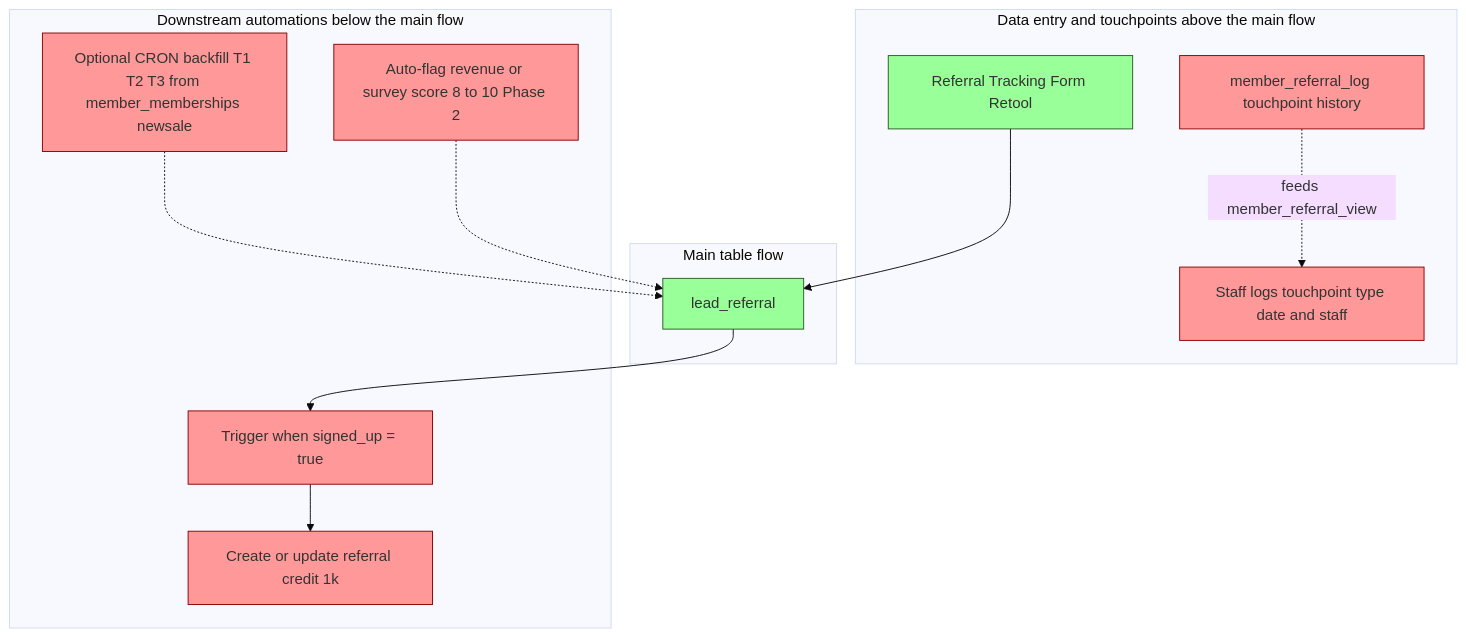
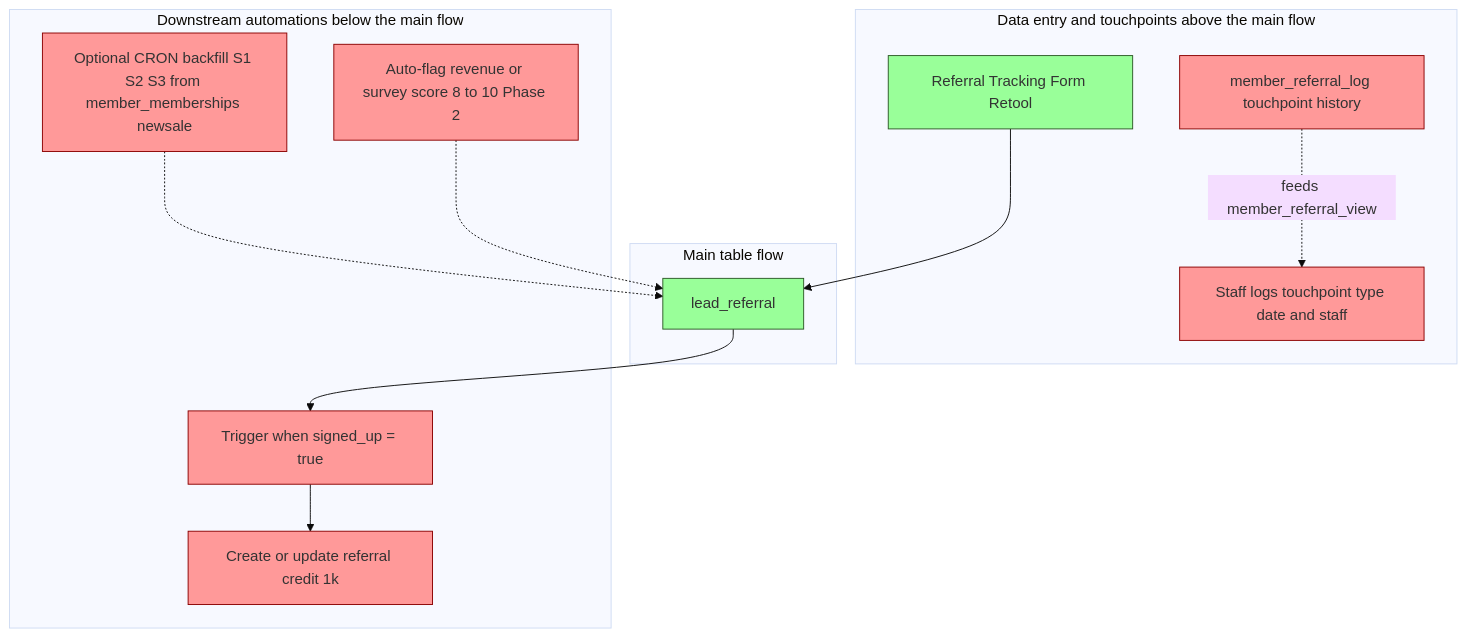
Before and after one commit to towshau/referral_tracking: the second of 2 diagrams in dataflow-and-progress.md, drawn with Mermaid (base theme). The commit also changed other lines of this file and 3 other files, not shown here.

````diff
--- a/dataflow-and-progress.md
+++ b/dataflow-and-progress.md
@@ -83,35 +83,35 @@
 ```mermaid
 flowchart TB
   subgraph above ["Data entry and touchpoints above the main flow"]
     F1["Referral Tracking Form Retool"]
     F2["member_referral_log touchpoint history"]
     F3["Staff logs touchpoint type date and staff"]
   end
 
   subgraph main ["Main table flow"]
     T1["lead_referral"]
   end
 
   subgraph below ["Downstream automations below the main flow"]
     A1["Trigger when signed_up = true"]
     A2["Create or update referral credit 1k"]
-    A3["Optional CRON backfill T1 T2 T3 from member_memberships newsale"]
+    A3["Optional CRON backfill S1 S2 S3 from member_memberships newsale"]
     A4["Auto-flag revenue or survey score 8 to 10 Phase 2"]
   end
 
   F1 --> T1
   F2 -.->|feeds member_referral_view| F3
   T1 --> A1
   A1 --> A2
   A3 -.-> T1
   A4 -.-> T1
 
   style T1 fill:#9f9,stroke:#2d5a27
   style F1 fill:#9f9,stroke:#2d5a27
   style F2 fill:#f99,stroke:#8b0000
   style F3 fill:#f99,stroke:#8b0000
   style A1 fill:#f99,stroke:#8b0000
   style A2 fill:#f99,stroke:#8b0000
   style A3 fill:#f99,stroke:#8b0000
   style A4 fill:#f99,stroke:#8b0000
 ```
````
